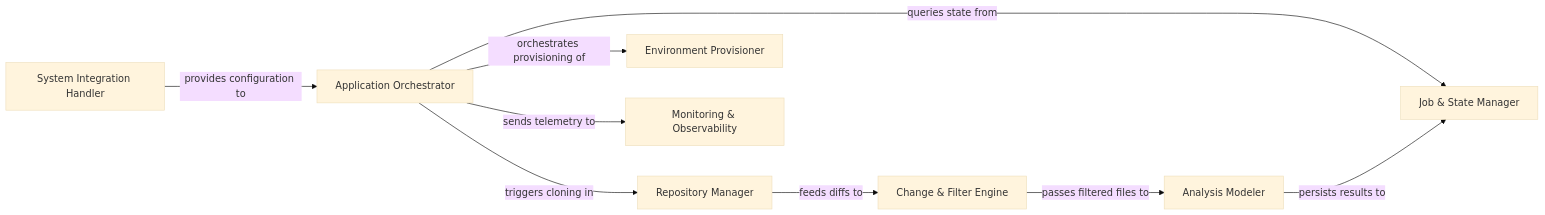
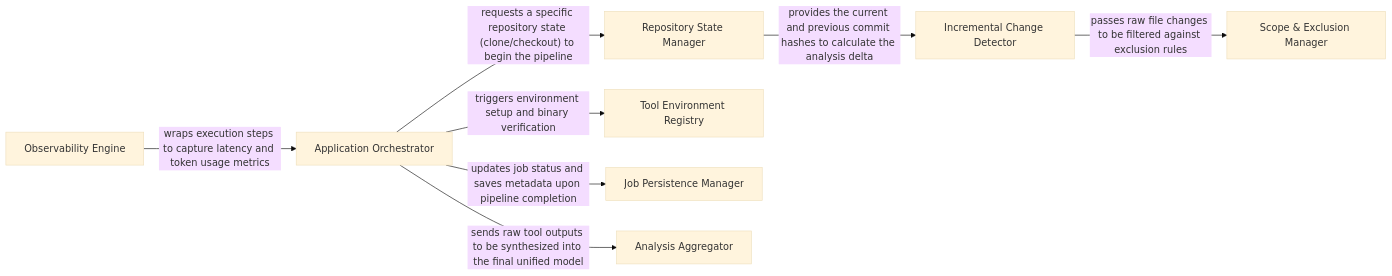
The diagram in .codeboarding/Application_Orchestrator_Repository_Manager.md (CodeBoarding/CodeBoarding), drawn with Mermaid (base theme) before and after one commit. The commit also changed other lines of this file and 7 other files, not shown here.

````diff
--- a/.codeboarding/Application_Orchestrator_Repository_Manager.md
+++ b/.codeboarding/Application_Orchestrator_Repository_Manager.md
@@ -1,19 +1,18 @@
 ```mermaid
 graph LR
     Application_Orchestrator["Application Orchestrator"]
-    Repository_Manager["Repository Manager"]
-    Change_Filter_Engine["Change & Filter Engine"]
-    Job_State_Manager["Job & State Manager"]
-    Environment_Provisioner["Environment Provisioner"]
-    Analysis_Modeler["Analysis Modeler"]
-    Monitoring_Observability["Monitoring & Observability"]
-    System_Integration_Handler["System Integration Handler"]
-    Application_Orchestrator -- "orchestrates provisioning of" --> Environment_Provisioner
-    Application_Orchestrator -- "queries state from" --> Job_State_Manager
-    System_Integration_Handler -- "provides configuration to" --> Application_Orchestrator
-    Application_Orchestrator -- "triggers cloning in" --> Repository_Manager
-    Repository_Manager -- "feeds diffs to" --> Change_Filter_Engine
-    Change_Filter_Engine -- "passes filtered files to" --> Analysis_Modeler
-    Analysis_Modeler -- "persists results to" --> Job_State_Manager
-    Application_Orchestrator -- "sends telemetry to" --> Monitoring_Observability
+    Repository_State_Manager["Repository State Manager"]
+    Incremental_Change_Detector["Incremental Change Detector"]
+    Tool_Environment_Registry["Tool Environment Registry"]
+    Scope_Exclusion_Manager["Scope & Exclusion Manager"]
+    Job_Persistence_Manager["Job Persistence Manager"]
+    Analysis_Aggregator["Analysis Aggregator"]
+    Observability_Engine["Observability Engine"]
+    Application_Orchestrator -- "triggers environment setup and binary verification" --> Tool_Environment_Registry
+    Application_Orchestrator -- "requests a specific repository state (clone/checkout) to begin the pipeline" --> Repository_State_Manager
+    Repository_State_Manager -- "provides the current and previous commit hashes to calculate the analysis delta" --> Incremental_Change_Detector
+    Incremental_Change_Detector -- "passes raw file changes to be filtered against exclusion rules" --> Scope_Exclusion_Manager
+    Application_Orchestrator -- "sends raw tool outputs to be synthesized into the final unified model" --> Analysis_Aggregator
+    Application_Orchestrator -- "updates job status and saves metadata upon pipeline completion" --> Job_Persistence_Manager
+    Observability_Engine -- "wraps execution steps to capture latency and token usage metrics" --> Application_Orchestrator
 ```
````
